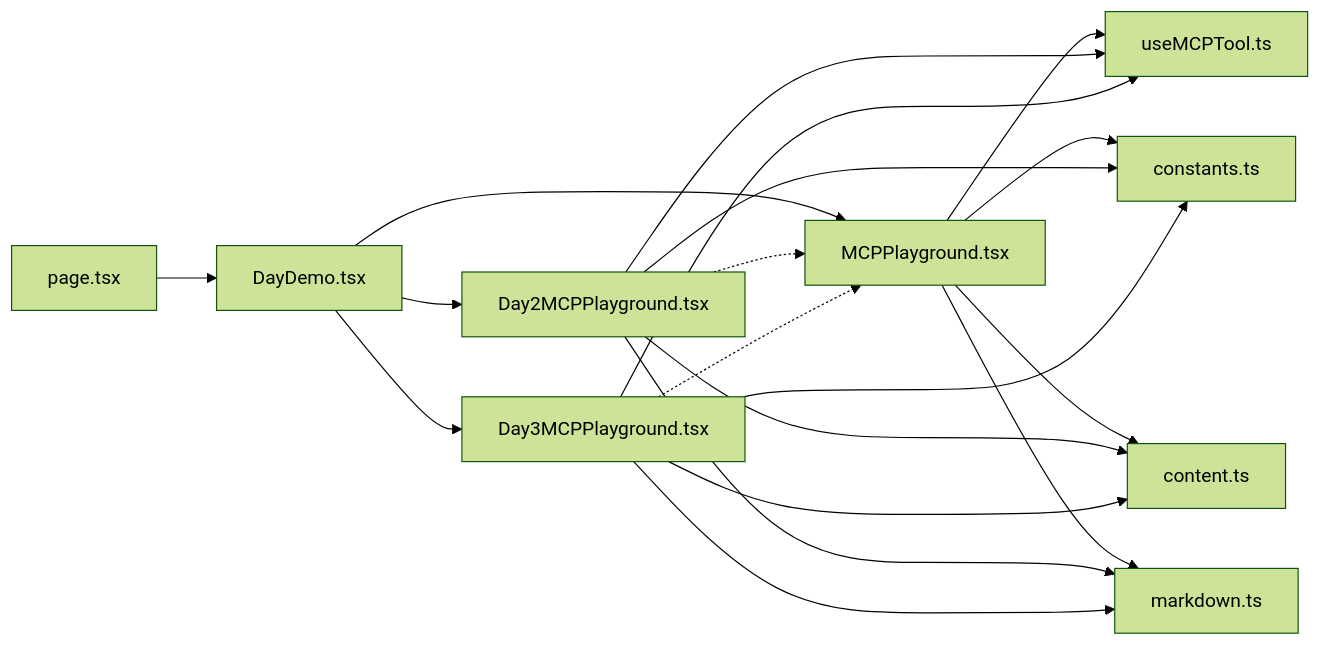
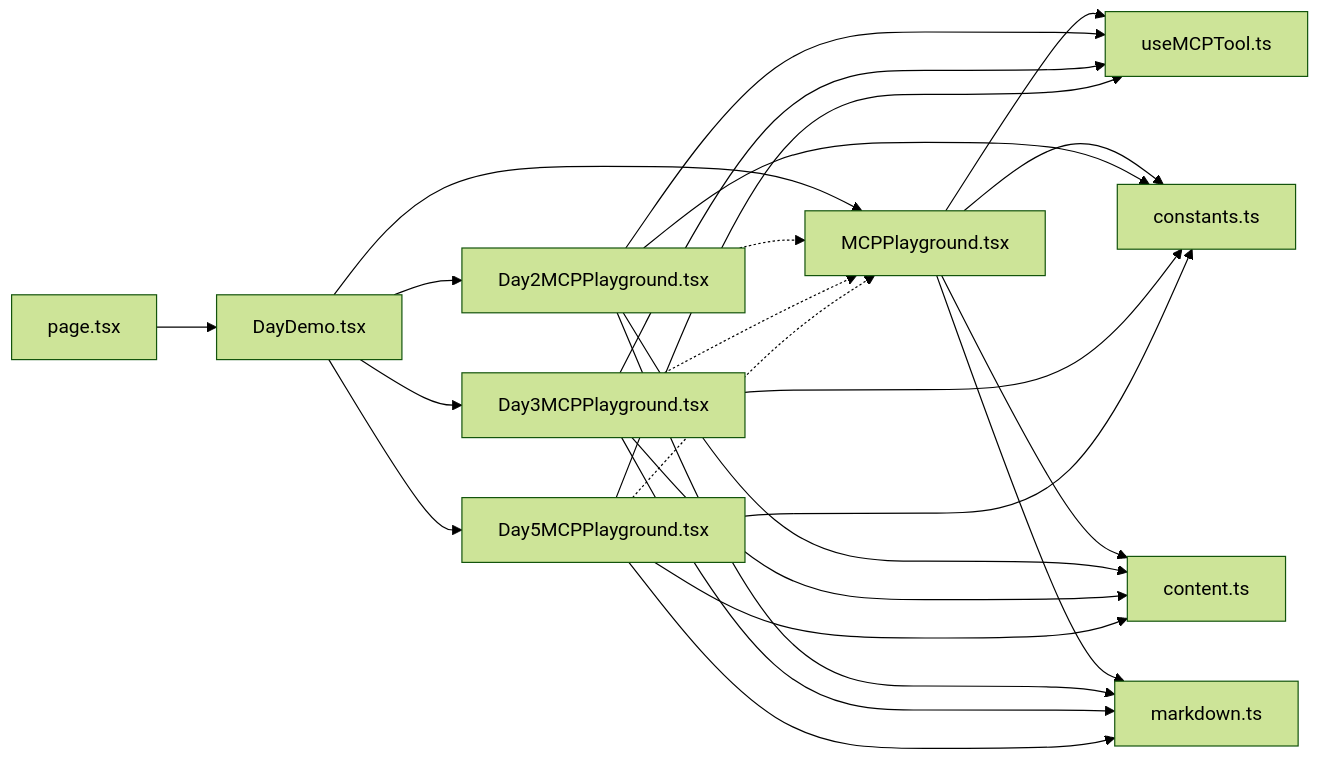
Before and after one commit to Leslie-Chuan/classic-example: the third of 3 diagrams in .qoder/repowiki/zh/content/UI组件/MCPPlayground组件.md, drawn with Mermaid (forest theme). The commit also changed other lines of this file and 49 other files, not shown here.

````diff
--- a/.qoder/repowiki/zh/content/UI组件/MCPPlayground组件.md
+++ b/.qoder/repowiki/zh/content/UI组件/MCPPlayground组件.md
@@ -391,21 +482,27 @@
 ```mermaid
 graph LR
 P["page.tsx"] --> D["DayDemo.tsx"]
 D --> M["MCPPlayground.tsx"]
 D --> M2["Day2MCPPlayground.tsx"]
 D --> M3["Day3MCPPlayground.tsx"]
+D --> M5["Day5MCPPlayground.tsx"]
 M --> H["useMCPTool.ts"]
 M2 --> H
 M3 --> H
+M5 --> H
 M --> C["constants.ts"]
 M2 --> C
 M3 --> C
+M5 --> C
 M --> N["content.ts"]
 M2 --> N
 M3 --> N
+M5 --> N
 M --> MD["markdown.ts"]
 M2 --> MD
 M3 --> MD
+M5 --> MD
 M2 -.-> M
 M3 -.-> M
+M5 -.-> M
 ```
````
